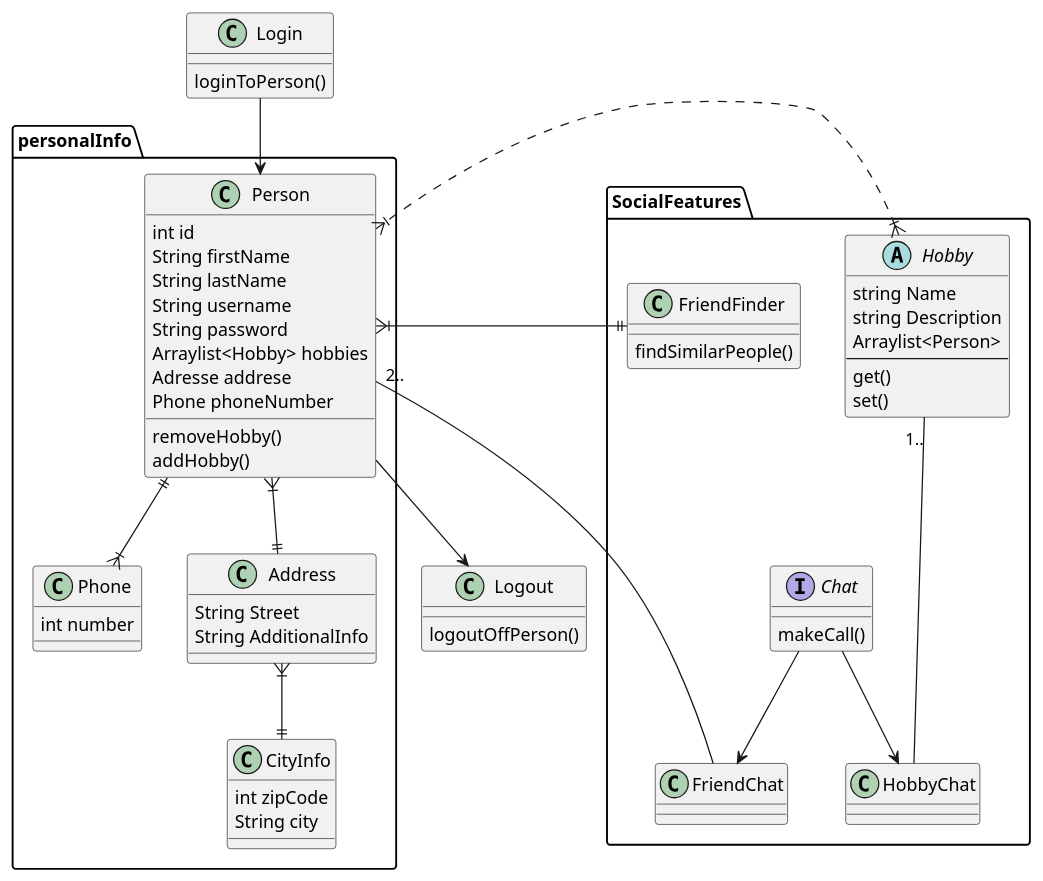
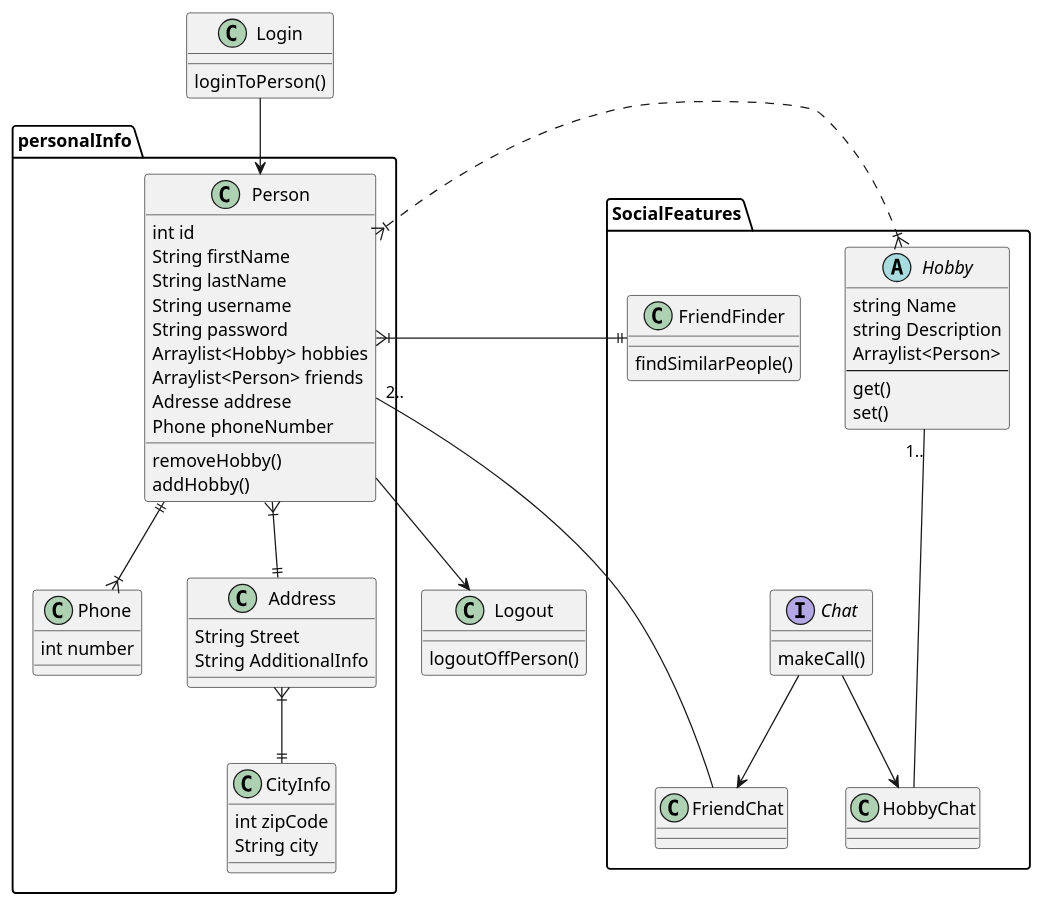
One commit to Christoffer-Nielsen-Cph/CA-1 changed the diagram in documentation/DomainModel.puml. Above: the diagram before and after it, drawn with PlantUML. The commit also changed 3 other files, not shown here.

```diff
--- a/documentation/DomainModel.puml
+++ b/documentation/DomainModel.puml
@@ -1,71 +1,72 @@
 @startuml
 'https://plantuml.com/class-diagram
 package personalInfo{
 class Person{
 int id
 String firstName
 String lastName
 String username
 String password
 Arraylist<Hobby> hobbies
+Arraylist<Person> friends
 Adresse addrese
 Phone phoneNumber
 removeHobby()
 addHobby()
 }
 class Phone{
 int number
 }
 class Address{
 String Street
 String AdditionalInfo
 
 }
 
 class CityInfo{
 int zipCode
 String city
 }
 }
 package SocialFeatures{
 abstract class Hobby{
 string Name
 string Description
 Arraylist<Person>
 --
 get()
 set()
 }
 class FriendFinder{
 findSimilarPeople()
 
 }
 interface Chat{
 makeCall()
 }
 class FriendChat
 {
 }
 class HobbyChat{
 }
 }
 
 
 class Login{
 loginToPerson()
 }
 class Logout{
 logoutOffPerson()
 }
 Hobby }|..|{ Person
 Person ||--|{ Phone
 Person }|--|| Address
 Address }|--|| CityInfo
 Login --> Person
 Person --> Logout
 Person }|--|| FriendFinder
 Person "2.." --- FriendChat
 Hobby "1.." --- HobbyChat
 Chat --> HobbyChat
 Chat --> FriendChat
 @enduml
```
